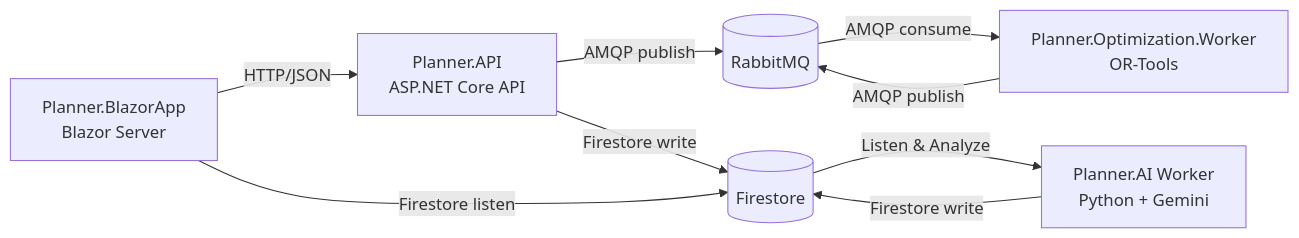
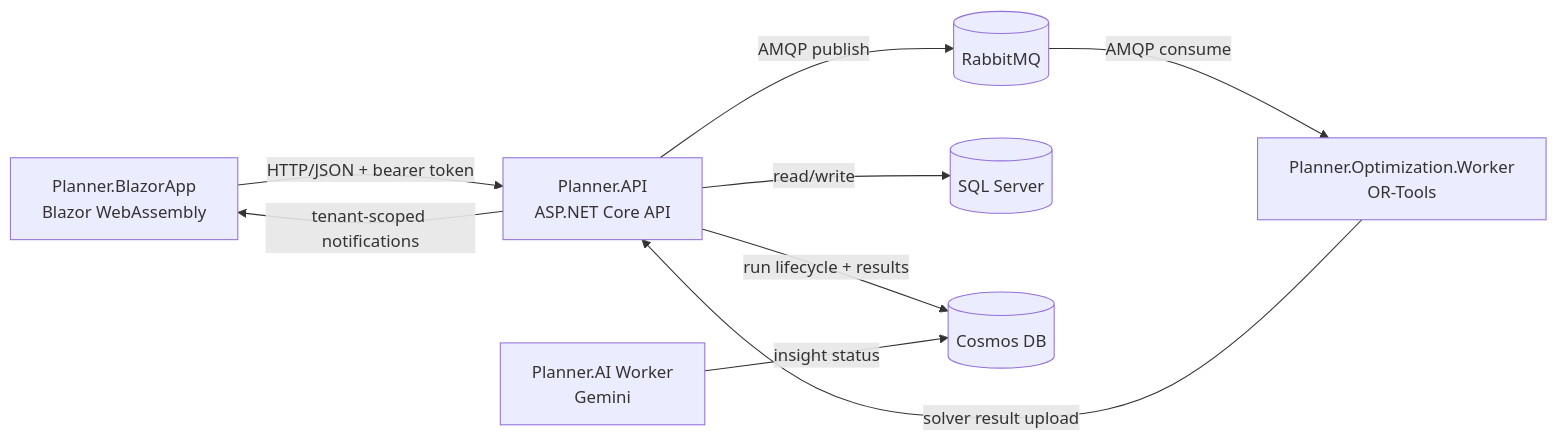
Before and after one commit to stephen-wu-chaohui/Planner: the diagram in README.md, drawn with Mermaid. The commit also changed other lines of this file and 91 other files, not shown here.

````diff
--- a/README.md
+++ b/README.md
@@ -39,13 +39,13 @@
 ```mermaid
 flowchart LR
-  UI["Planner.BlazorApp<br/>Blazor Server"] -->|HTTP/JSON| API["Planner.API<br/>ASP.NET Core API"]
-  UI -->|Firestore listen| FS[(Firestore)]
+  UI["Planner.BlazorApp<br/>Blazor WebAssembly"] -->|HTTP/JSON + bearer token| API["Planner.API<br/>ASP.NET Core API"]
+  API -->|tenant-scoped notifications| UI
 
   API -->|AMQP publish| MQ[(RabbitMQ)]
-  API -->|Firestore write| FS
   MQ -->|AMQP consume| WK["Planner.Optimization.Worker<br/>OR-Tools"]
-  WK -->|AMQP publish| MQ
+  WK -->|solver result upload| API
 
-  FS -->|Listen & Analyze| AI["Planner.AI Worker<br/>Python + Gemini"]
-  AI -->|Firestore write| FS
+  API -->|read/write| SQL[(SQL Server)]
+  API -->|run lifecycle + results| COSMOS[(Cosmos DB)]
+  AI["Planner.AI Worker<br/>Gemini"] -->|insight status| COSMOS
 ```
````
